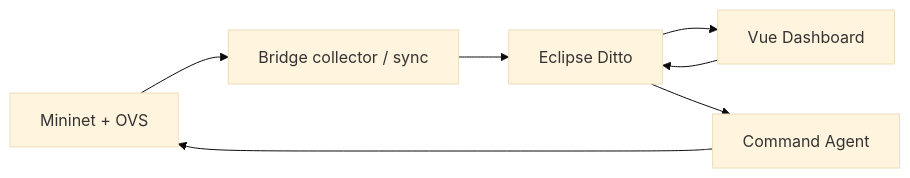
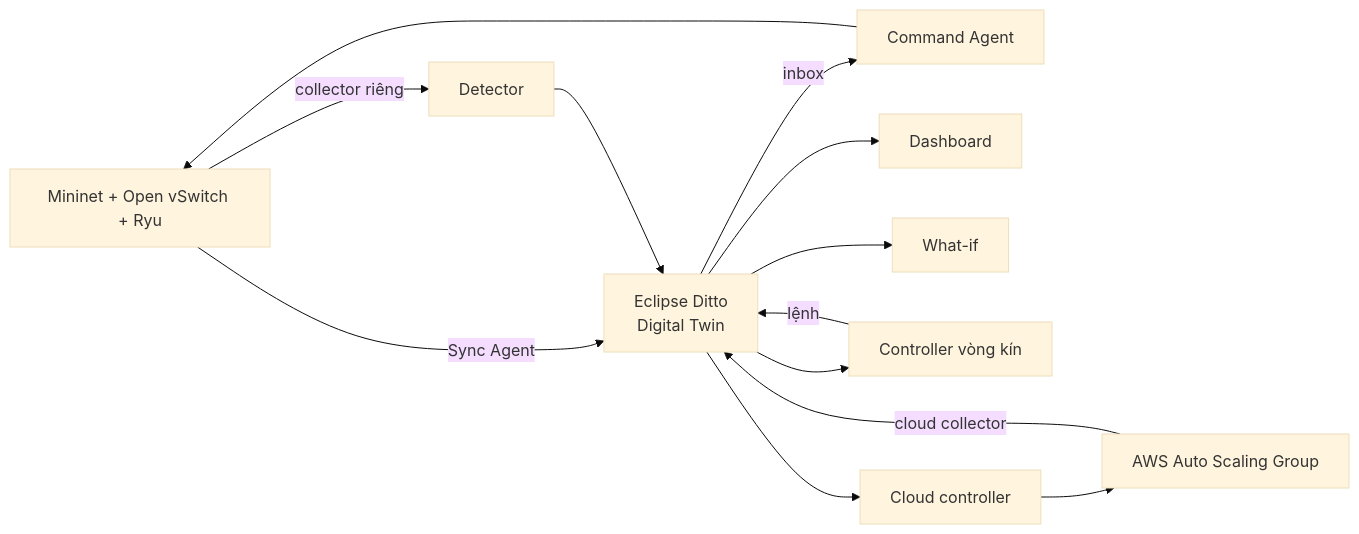
One commit to vantai13/dt4n-core changed the diagram in README.md. Above: the diagram before and after it, drawn with Mermaid (base theme). The commit also changed other lines of this file and 602 other files, not shown here.

First line of the commit message:
Bản nghiệm thu cuối: vòng kín trên testbed, tái lập một lệnh, kết quả theo mục báo cáo

````diff
--- a/README.md
+++ b/README.md
@@ -5,9 +12,11 @@
 ```mermaid
 flowchart LR
-  M[Mininet + OVS] --> C[Bridge collector / sync]
-  C --> D[Eclipse Ditto]
-  D --> U[Vue Dashboard]
-  U --> D
-  D --> A[Command Agent]
-  A --> M
+  M[Mininet + Open vSwitch + Ryu] -- Sync Agent --> D[Eclipse Ditto<br/>Digital Twin]
+  D -- inbox --> A[Command Agent] --> M
+  M -- collector riêng --> X[Detector] --> D
+  D --> U[Dashboard]
+  D --> W[What-if]
+  D --> K[Controller vòng kín] -- lệnh --> D
+  D --> CC[Cloud controller] --> AWS[AWS Auto Scaling Group]
+  AWS -- cloud collector --> D
 ```
````
